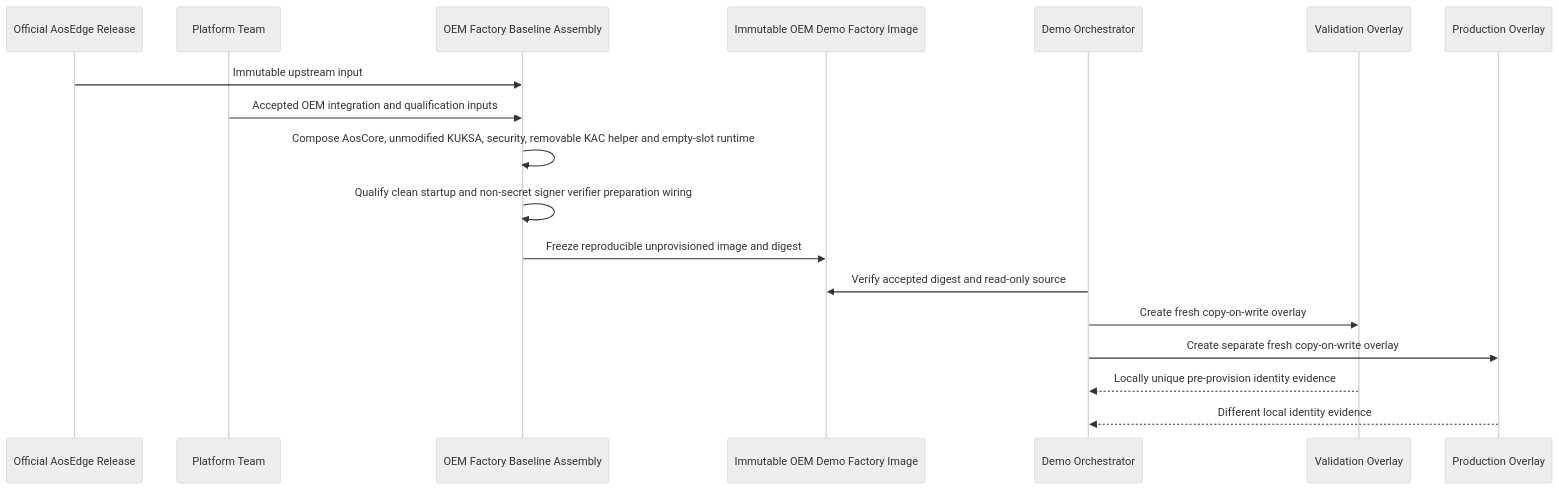
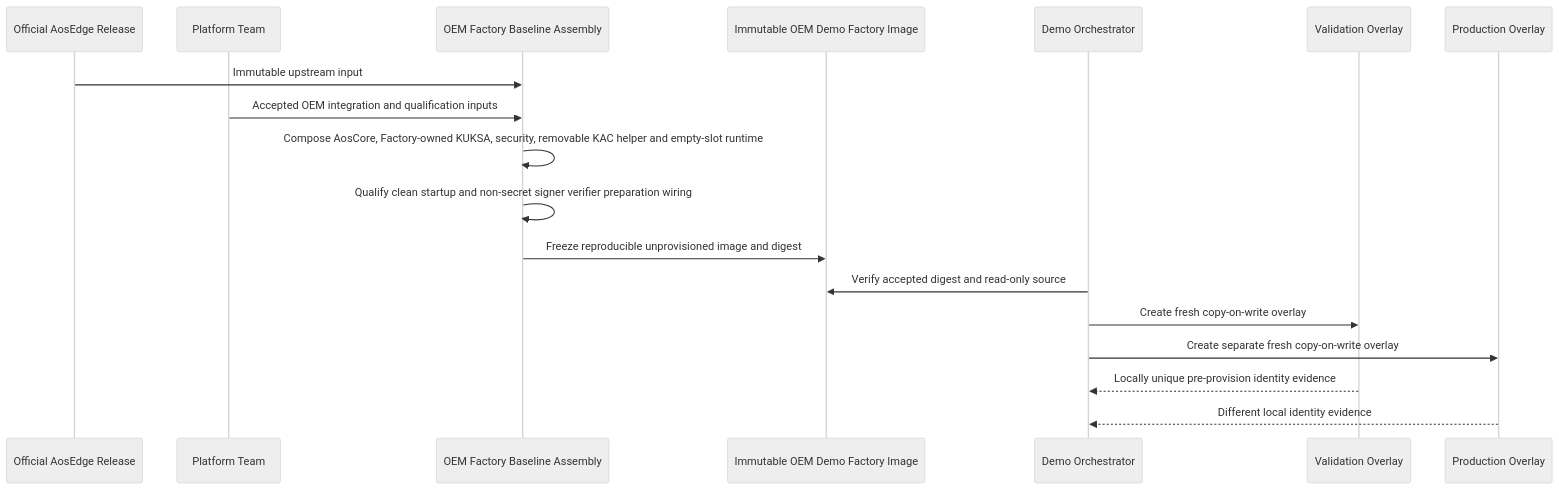
One commit to alexmaninblack/aosedge-sdv-demo changed the fourth of 22 diagrams in docs/architecture/demo-scenario-architecture-flows.md. Above: the diagram before and after it, drawn with Mermaid (neutral theme). The commit also changed other lines of this file and 49 other files, not shown here.

````diff
--- a/docs/architecture/demo-scenario-architecture-flows.md
+++ b/docs/architecture/demo-scenario-architecture-flows.md
@@ -386,21 +391,21 @@
 ```mermaid
 sequenceDiagram
     participant UR as Official AosEdge Release
     participant PT as Platform Team
     participant BA as OEM Factory Baseline Assembly
     participant FI as Immutable OEM Demo Factory Image
     participant OR as Demo Orchestrator
     participant VO as Validation Overlay
     participant PO as Production Overlay
 
     UR->>BA: Immutable upstream input
     PT->>BA: Accepted OEM integration and qualification inputs
-    BA->>BA: Compose AosCore, unmodified KUKSA, security, removable KAC helper and empty-slot runtime
+    BA->>BA: Compose AosCore, Factory-owned KUKSA, security, removable KAC helper and empty-slot runtime
     BA->>BA: Qualify clean startup and non-secret signer verifier preparation wiring
     BA->>FI: Freeze reproducible unprovisioned image and digest
     OR->>FI: Verify accepted digest and read-only source
     OR->>VO: Create fresh copy-on-write overlay
     OR->>PO: Create separate fresh copy-on-write overlay
     VO-->>OR: Locally unique pre-provision identity evidence
     PO-->>OR: Different local identity evidence
 ```
````
